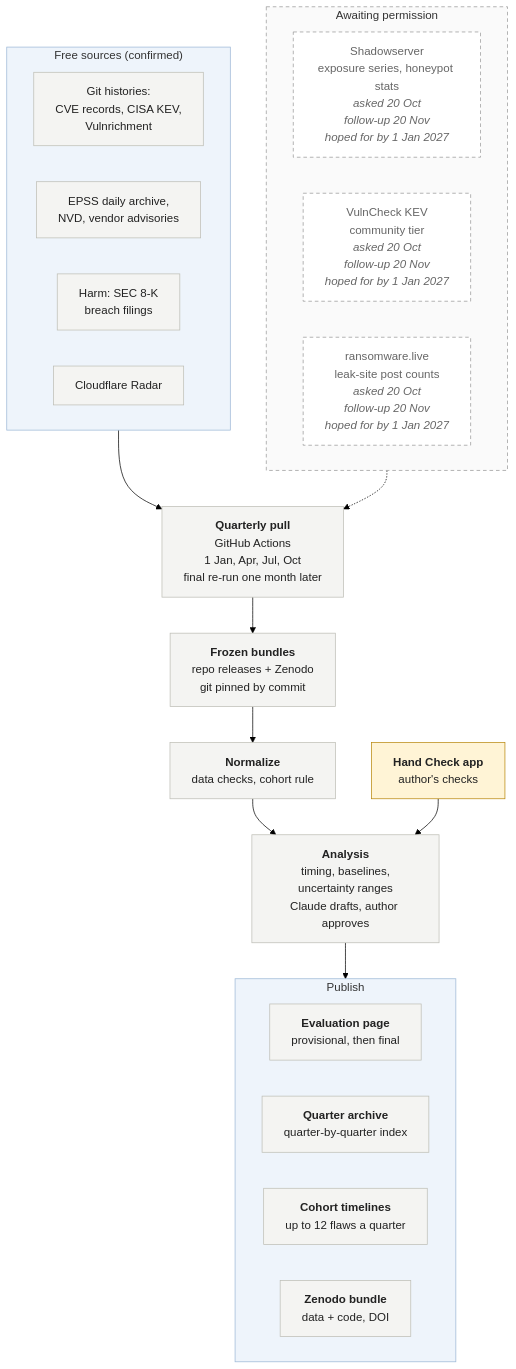
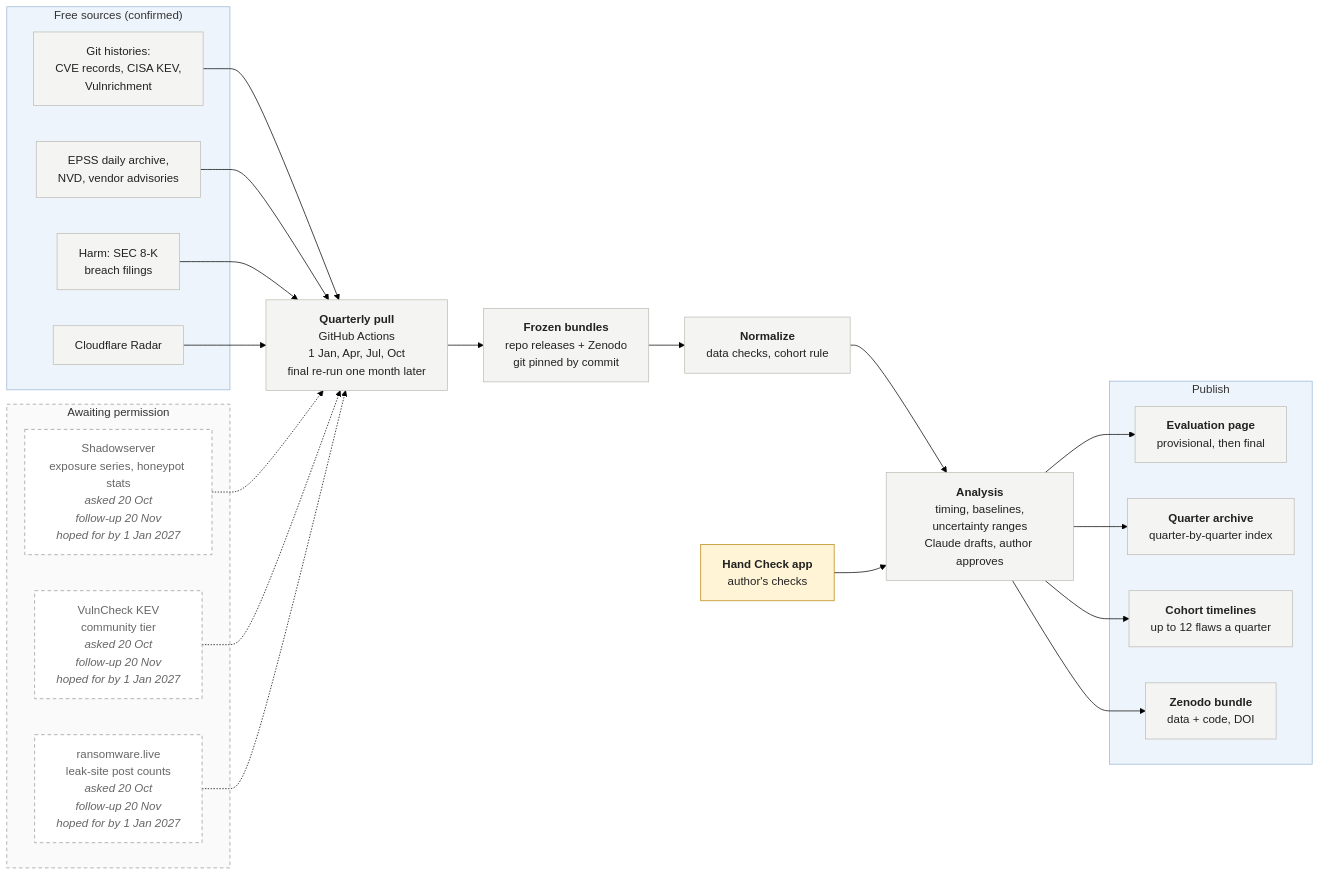
One commit to pagagne/internet-security-snapshot changed the diagram in docs/diagrams/architecture.mmd. Above: the diagram before and after it, drawn with Mermaid (forest theme). The commit also changed 3 other files, not shown here.

First line of the commit message:
Architecture diagram: left-to-right flow

```diff
--- a/docs/diagrams/architecture.mmd
+++ b/docs/diagrams/architecture.mmd
@@ -1,37 +1,45 @@
-flowchart TB
+flowchart LR
   subgraph SRC["Free sources (confirmed)"]
     S1["Git histories:<br/>CVE records, CISA KEV,<br/>Vulnrichment"]
     S2["EPSS daily archive,<br/>NVD, vendor advisories"]
     S3["Harm: SEC 8-K<br/>breach filings"]
     S4["Cloudflare Radar"]
   end
   subgraph WAIT["Awaiting permission"]
     P1["Shadowserver<br/>exposure series, honeypot stats<br/><i>asked 20 Oct<br/>follow-up 20 Nov<br/>hoped for by 1 Jan 2027</i>"]
     P2["VulnCheck KEV<br/>community tier<br/><i>asked 20 Oct<br/>follow-up 20 Nov<br/>hoped for by 1 Jan 2027</i>"]
     P3["ransomware.live<br/>leak-site post counts<br/><i>asked 20 Oct<br/>follow-up 20 Nov<br/>hoped for by 1 Jan 2027</i>"]
   end
   PULL["<b>Quarterly pull</b><br/>GitHub Actions<br/>1 Jan, Apr, Jul, Oct<br/>final re-run one month later"]
   STORE["<b>Frozen bundles</b><br/>repo releases + Zenodo<br/>git pinned by commit"]
   NORM["<b>Normalize</b><br/>data checks, cohort rule"]
   HAND["<b>Hand Check app</b><br/>author's checks"]
   ANA["<b>Analysis</b><br/>timing, baselines,<br/>uncertainty ranges<br/>Claude drafts, author approves"]
   subgraph PUB["Publish"]
     O1["<b>Evaluation page</b><br/>provisional, then final"]
     O2["<b>Quarter archive</b><br/>quarter-by-quarter index"]
     O3["<b>Cohort timelines</b><br/>up to 12 flaws a quarter"]
     O4["<b>Zenodo bundle</b><br/>data + code, DOI"]
   end
-  SRC --> PULL
-  WAIT -.-> PULL
+  S1 --> PULL
+  S2 --> PULL
+  S3 --> PULL
+  S4 --> PULL
+  P1 -.-> PULL
+  P2 -.-> PULL
+  P3 -.-> PULL
   PULL --> STORE --> NORM --> ANA
   HAND --> ANA
-  ANA --> PUB
+  ANA --> O1
+  ANA --> O2
+  ANA --> O3
+  ANA --> O4
   classDef box fill:#f4f4f2,stroke:#bdbdb5,color:#222
   classDef pending fill:#ffffff,stroke:#999,stroke-dasharray:5 4,color:#666
   classDef you fill:#fff4d6,stroke:#b8860b,color:#222
   class S1,S2,S3,S4,PULL,STORE,NORM,ANA,O1,O2,O3,O4 box
   class P1,P2,P3 pending
   class HAND you
   style WAIT fill:#fafafa,stroke:#999,stroke-dasharray:5 4
   style SRC fill:#eef4fb,stroke:#9bb7d6
   style PUB fill:#eef4fb,stroke:#9bb7d6
```
